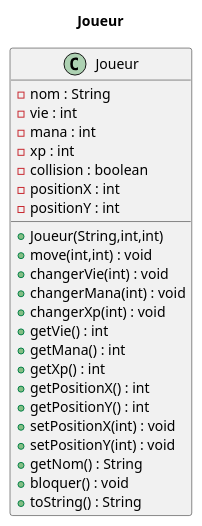
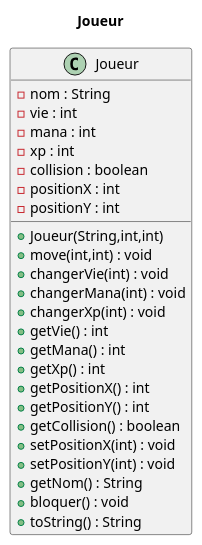
Before and after one commit to JeuFore/2020_COO_Zeldiablo_chastin3u_kieffe183u_chapell22u: the diagram in documents/version_1/iteration_1/fonctionnalite_2.wsd, drawn with PlantUML. The commit also changed 6 other files, not shown here.

```diff
--- a/documents/version_1/iteration_1/fonctionnalite_2.wsd
+++ b/documents/version_1/iteration_1/fonctionnalite_2.wsd
@@ -1,30 +1,31 @@
 @startuml
 
 title Joueur
 
 class Joueur {
     - nom : String
     - vie : int
     - mana : int
     - xp : int
     - collision : boolean
     - positionX : int 
     - positionY : int
     + Joueur(String,int,int)
     + move(int,int) : void
     + changerVie(int) : void
     + changerMana(int) : void
     + changerXp(int) : void
     + getVie() : int
     + getMana() : int
     + getXp() : int
     + getPositionX() : int
     + getPositionY() : int 
+    + getCollision() : boolean
     + setPositionX(int) : void
     + setPositionY(int) : void
     + getNom() : String
     + bloquer() : void
     + toString() : String
 }
 
 @enduml
```
